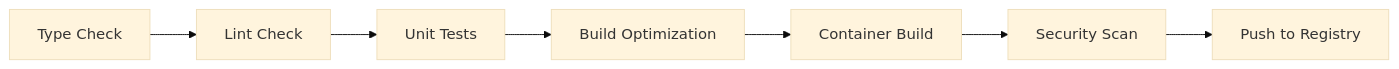
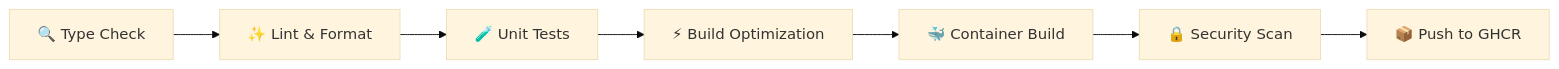
The third of 6 diagrams in Docs/ci-cd/pipeline-architecture.md (ribatshepo/WorkFlowOchestrator), drawn with Mermaid (base theme) before and after one commit. The commit also changed other lines of this file and 3 other files, not shown here.

First line of the commit message:
Enhance CI/CD Documentation and Architecture

````diff
--- a/Docs/ci-cd/pipeline-architecture.md
+++ b/Docs/ci-cd/pipeline-architecture.md
@@ -172,9 +185,9 @@
 ```mermaid
 graph LR
-    A[Type Check] --> B[Lint Check]
-    B --> C[Unit Tests]
-    C --> D[Build Optimization]
-    D --> E[Container Build]
-    E --> F[Security Scan]
-    F --> G[Push to Registry]
+    A[🔍 Type Check] --> B[✨ Lint & Format]
+    B --> C[🧪 Unit Tests]
+    C --> D[⚡ Build Optimization]
+    D --> E[🐳 Container Build]
+    E --> F[🔒 Security Scan]
+    F --> G[📦 Push to GHCR]
 ```
````
